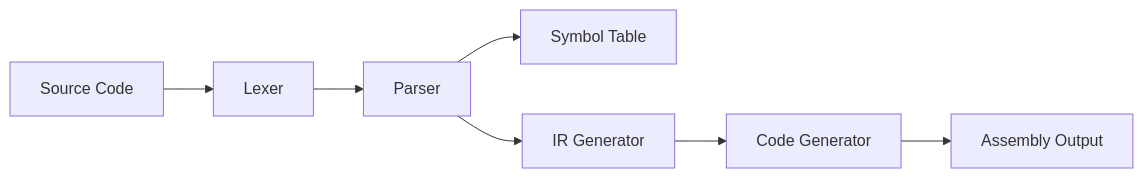
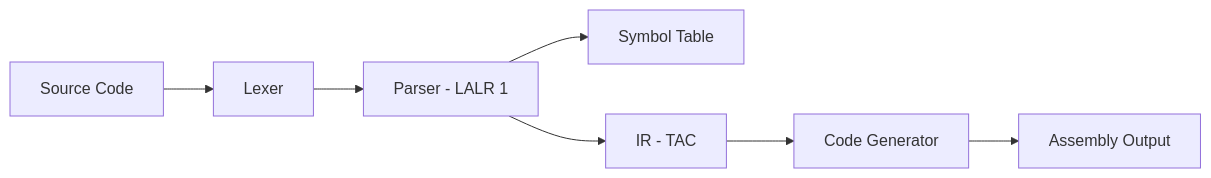
The diagram in README.md (Al-Mamuun/Mini_Compiler), drawn with Mermaid before and after one commit. The commit also changed other lines of this file, not shown here.

````diff
--- a/README.md
+++ b/README.md
@@ -141,9 +170,9 @@
 ```mermaid
 graph LR
     A[Source Code] --> B[Lexer]
-    B --> C[Parser]
+    B --> C[Parser - LALR 1]
     C --> D[Symbol Table]
-    C --> E[IR Generator]
+    C --> E[IR - TAC]
     E --> F[Code Generator]
     F --> G[Assembly Output]
 ```
````
